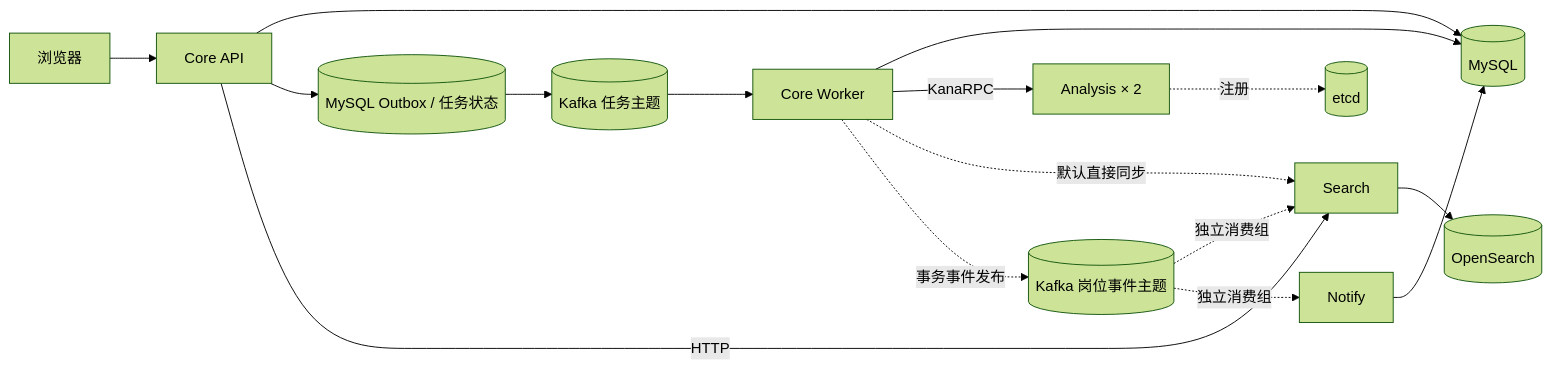
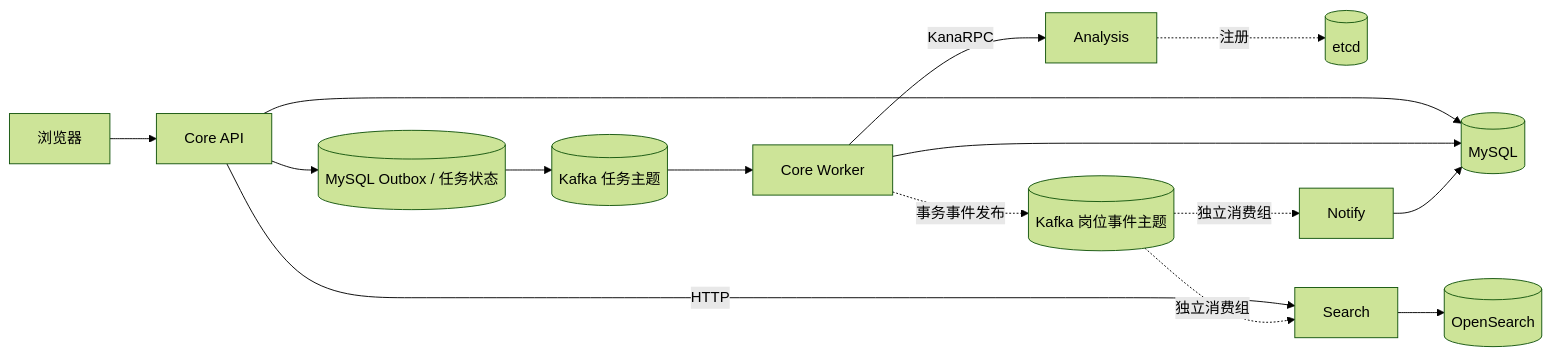
One commit to KanaDoodle/CampusTrace changed the diagram in README.md. Above: the diagram before and after it, drawn with Mermaid (forest theme). The commit also changed other lines of this file and 111 other files, not shown here.

````diff
--- a/README.md
+++ b/README.md
@@ -28,18 +28,17 @@
 ```mermaid
 flowchart LR
     UI[浏览器] --> API[Core API]
     API --> SQL[(MySQL)]
     API --> Outbox[(MySQL Outbox / 任务状态)]
     Outbox --> Tasks[(Kafka 任务主题)]
     Tasks --> Worker[Core Worker]
     Worker --> SQL
-    Worker -->|KanaRPC| Analysis[Analysis × 2]
+    Worker -->|KanaRPC| Analysis[Analysis]
     Analysis -. 注册 .-> Etcd[(etcd)]
     API -->|HTTP| Search[Search]
-    Worker -. 默认直接同步 .-> Search
     Search --> OpenSearch[(OpenSearch)]
     Worker -. 事务事件发布 .-> Kafka[(Kafka 岗位事件主题)]
     Kafka -. 独立消费组 .-> Search
     Kafka -. 独立消费组 .-> Notify[Notify]
     Notify --> SQL
 ```
````
